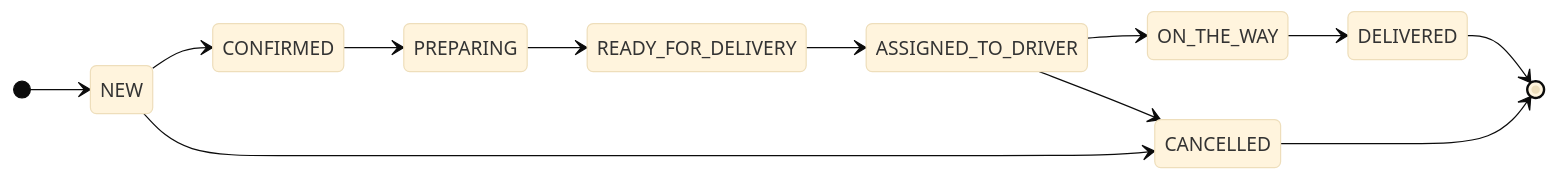
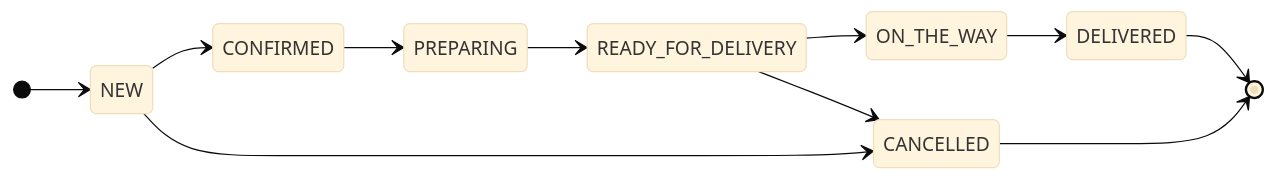
Before and after one commit to haz2007/-Builder-s-Friend-: the first of 2 diagrams in README.md, drawn with Mermaid (base theme). The commit also changed other lines of this file and 44 other files, not shown here.

````diff
--- a/README.md
+++ b/README.md
@@ -52,15 +68,14 @@
 ```mermaid
 stateDiagram-v2
     direction LR
     [*] --> NEW
     NEW --> CONFIRMED
     CONFIRMED --> PREPARING
     PREPARING --> READY_FOR_DELIVERY
-    READY_FOR_DELIVERY --> ASSIGNED_TO_DRIVER
-    ASSIGNED_TO_DRIVER --> ON_THE_WAY
+    READY_FOR_DELIVERY --> ON_THE_WAY
     ON_THE_WAY --> DELIVERED
     NEW --> CANCELLED
-    ASSIGNED_TO_DRIVER --> CANCELLED
+    READY_FOR_DELIVERY --> CANCELLED
     DELIVERED --> [*]
     CANCELLED --> [*]
 ```
````
